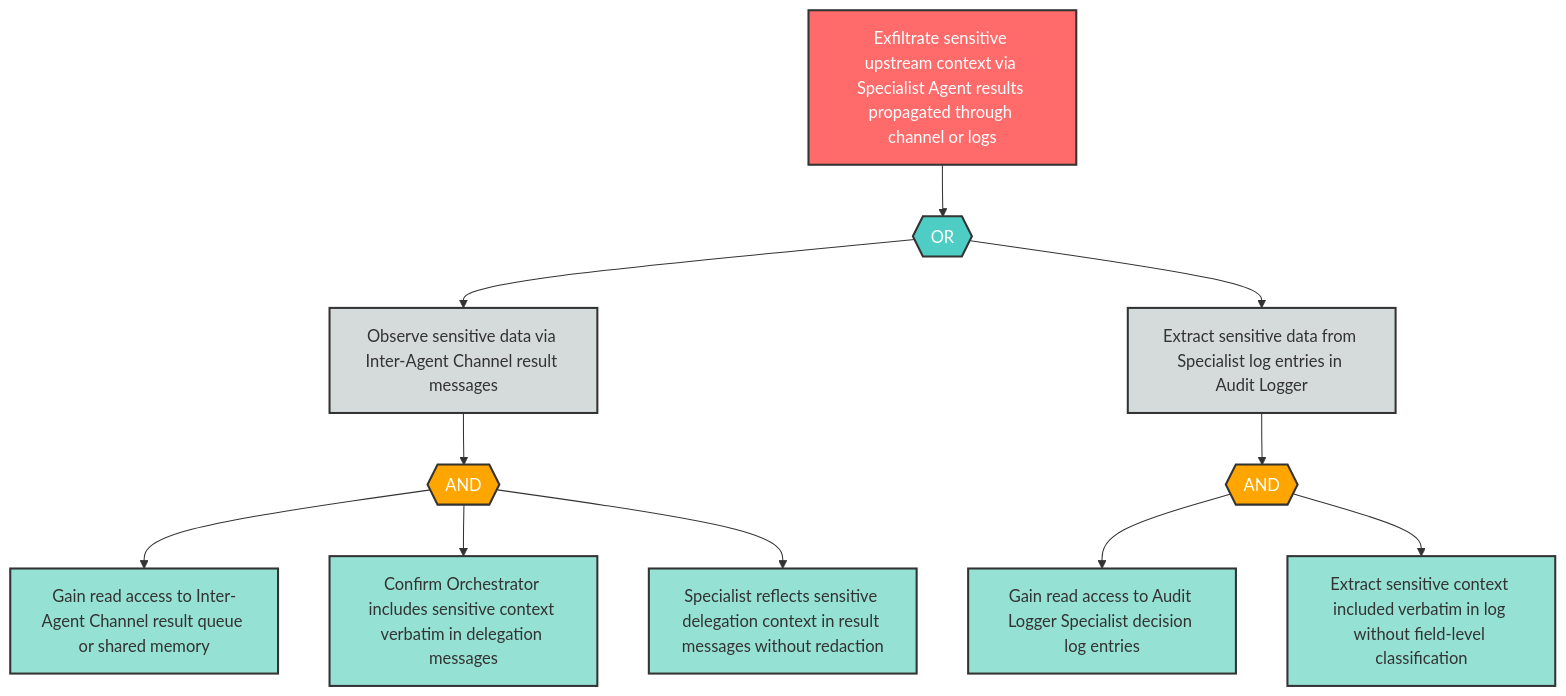
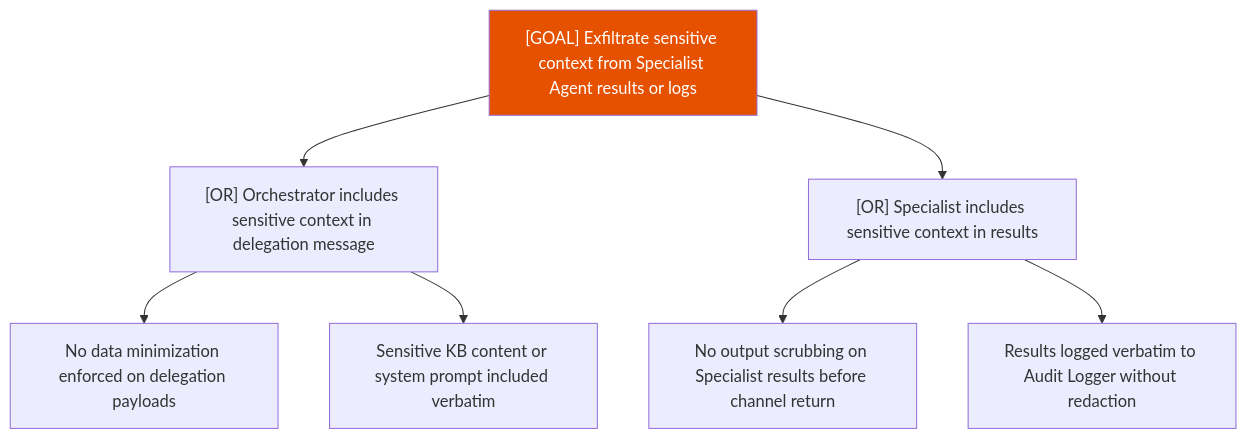
One commit to q-qp-p/davidmatousek-tachi changed the diagram in examples/agentic-app/sample-report/attack-trees/i-3-attack-tree.md. Above: the diagram before and after it, drawn with Mermaid. The commit also changed other lines of this file and 132 other files, not shown here.

````diff
--- a/examples/agentic-app/sample-report/attack-trees/i-3-attack-tree.md
+++ b/examples/agentic-app/sample-report/attack-trees/i-3-attack-tree.md
@@ -8,37 +7,12 @@
 ```mermaid
-flowchart TD
-    I3_root["Exfiltrate sensitive upstream context via Specialist Agent results propagated through channel or logs"]
-    I3_or1{{"OR"}}
-    I3_sub1["Observe sensitive data via Inter-Agent Channel result messages"]
-    I3_sub2["Extract sensitive data from Specialist log entries in Audit Logger"]
-    I3_and1{{"AND"}}
-    I3_leaf1["Gain read access to Inter-Agent Channel result queue or shared memory"]
-    I3_leaf2["Confirm Orchestrator includes sensitive context verbatim in delegation messages"]
-    I3_leaf3["Specialist reflects sensitive delegation context in result messages without redaction"]
-    I3_and2{{"AND"}}
-    I3_leaf4["Gain read access to Audit Logger Specialist decision log entries"]
-    I3_leaf5["Extract sensitive context included verbatim in log without field-level classification"]
-
-    I3_root --> I3_or1
-    I3_or1 --> I3_sub1
-    I3_or1 --> I3_sub2
-    I3_sub1 --> I3_and1
-    I3_and1 --> I3_leaf1
-    I3_and1 --> I3_leaf2
-    I3_and1 --> I3_leaf3
-    I3_sub2 --> I3_and2
-    I3_and2 --> I3_leaf4
-    I3_and2 --> I3_leaf5
-
-    classDef goal fill:#ff6b6b,stroke:#333,stroke-width:2px,color:#fff
-    classDef andGate fill:#ffa500,stroke:#333,stroke-width:2px,color:#fff
-    classDef orGate fill:#4ecdc4,stroke:#333,stroke-width:2px,color:#fff
-    classDef subGoal fill:#d5dbdb,stroke:#333,stroke-width:2px,color:#333
-    classDef leaf fill:#95e1d3,stroke:#333,stroke-width:2px,color:#333
-
-    class I3_root goal
-    class I3_or1 orGate
-    class I3_and1,I3_and2 andGate
-    class I3_sub1,I3_sub2 subGoal
-    class I3_leaf1,I3_leaf2,I3_leaf3,I3_leaf4,I3_leaf5 leaf
+graph TD
+    Goal["[GOAL] Exfiltrate sensitive context from Specialist Agent results or logs"]
+    Goal --> A["[OR] Orchestrator includes sensitive context in delegation message"]
+    A --> A1["No data minimization enforced on delegation payloads"]
+    A --> A2["Sensitive KB content or system prompt included verbatim"]
+    Goal --> B["[OR] Specialist includes sensitive context in results"]
+    B --> B1["No output scrubbing on Specialist results before channel return"]
+    B --> B2["Results logged verbatim to Audit Logger without redaction"]
+    classDef high fill:#e65100,color:#fff
+    class Goal high
 ```
````
